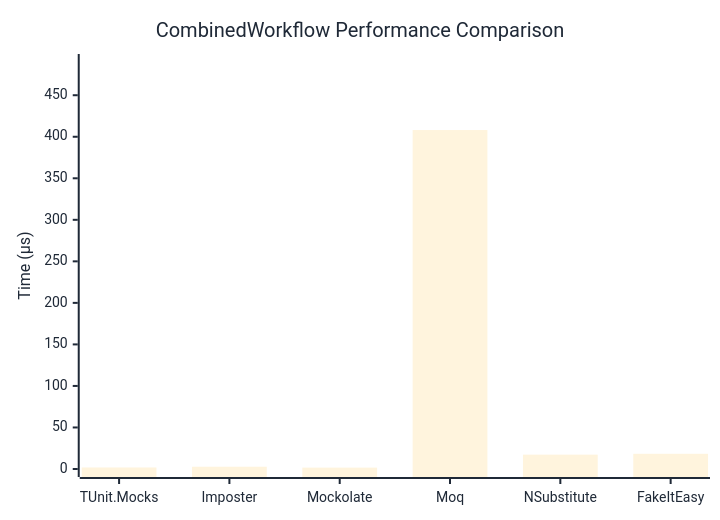
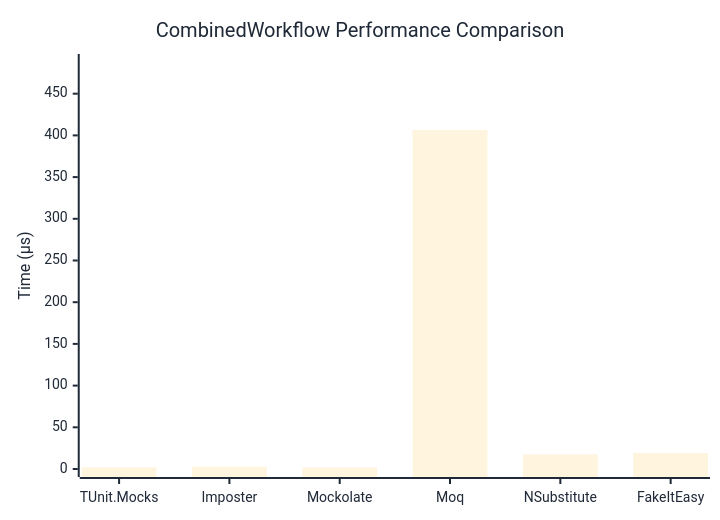
Before and after one commit to thomhurst/TUnit: the diagram in docs/docs/benchmarks/mocks/CombinedWorkflow.md, drawn with Mermaid. The commit also changed other lines of this file and 14 other files, not shown here.

````diff
--- a/docs/docs/benchmarks/mocks/CombinedWorkflow.md
+++ b/docs/docs/benchmarks/mocks/CombinedWorkflow.md
@@ -30,27 +30,27 @@
 ```mermaid
 %%{init: {
   'theme':'base',
   'themeVariables': {
     'primaryColor': '#2563eb',
     'primaryTextColor': '#1f2937',
     'primaryBorderColor': '#1e40af',
     'lineColor': '#6b7280',
     'secondaryColor': '#7c3aed',
     'tertiaryColor': '#dc2626',
     'background': '#ffffff',
     'pie1': '#2563eb',
     'pie2': '#7c3aed',
     'pie3': '#dc2626',
     'pie4': '#f59e0b',
     'pie5': '#10b981',
     'pie6': '#06b6d4',
     'pie7': '#ec4899',
     'pie8': '#6366f1'
   }
 }}%%
 xychart-beta
   title "CombinedWorkflow Performance Comparison"
   x-axis ["TUnit.Mocks", "Imposter", "Mockolate", "Moq", "NSubstitute", "FakeItEasy"]
-  y-axis "Time (μs)" 0 --> 490
-  bar [1.841, 2.713, 1.676, 408.071, 17.27, 18.329]
+  y-axis "Time (μs)" 0 --> 488
+  bar [1.884, 2.699, 1.817, 406.475, 17.508, 19.214]
 ```
````
